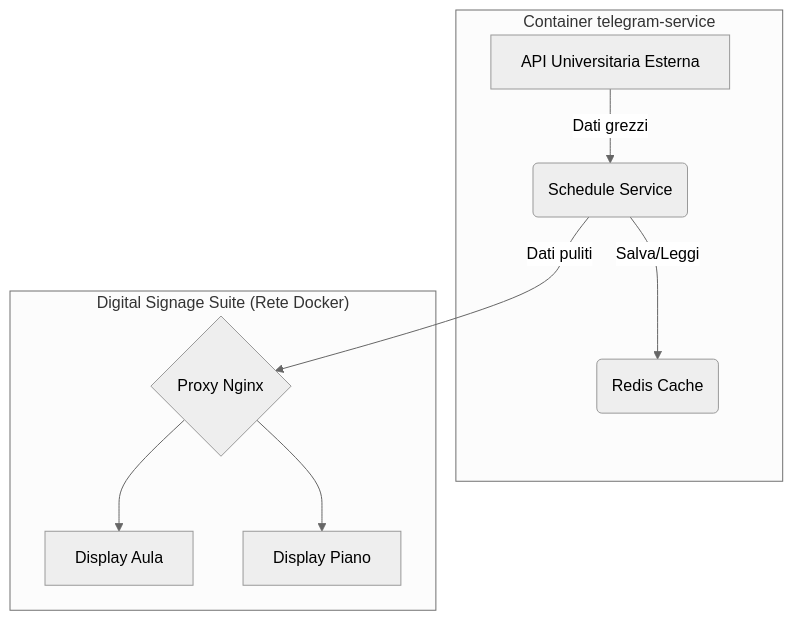
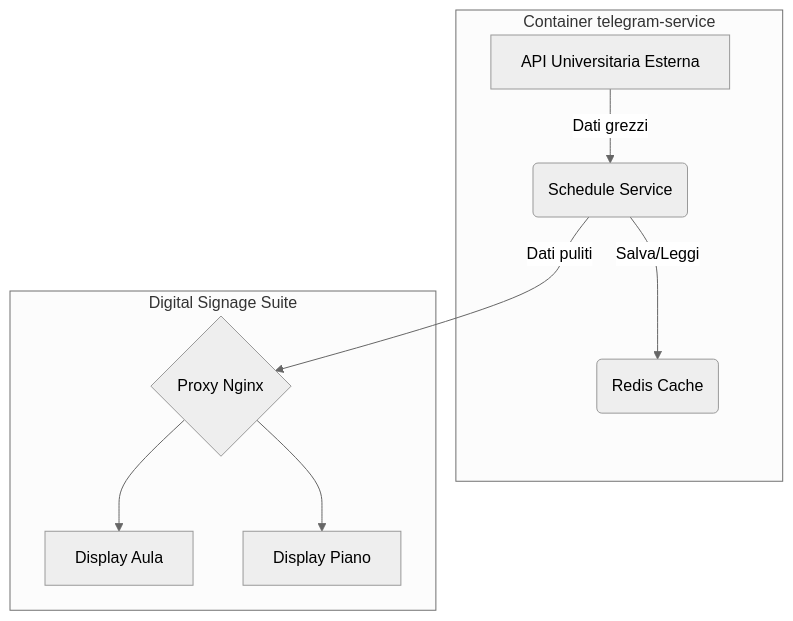
The diagram in README.md (Mantineo-Massimo/schedule-service), drawn with Mermaid (neutral theme) before and after one commit.

Commit message:
fix: Simplify subgraph label in architecture diagram for clarity

````diff
--- a/README.md
+++ b/README.md
@@ -50,14 +50,14 @@
 ```mermaid
 graph TD
 
     subgraph Container telegram-service
       A[API Universitaria Esterna] -->|Dati grezzi| B(Schedule Service);
       B -->|Salva/Leggi| C(Redis Cache);
     end 
 
-    subgraph "Digital Signage Suite (Rete Docker)"
+    subgraph "Digital Signage Suite"
       B -->|Dati puliti| D{Proxy Nginx};
       D --> E[Display Aula];
       D --> F[Display Piano];
     end
 ```
````
